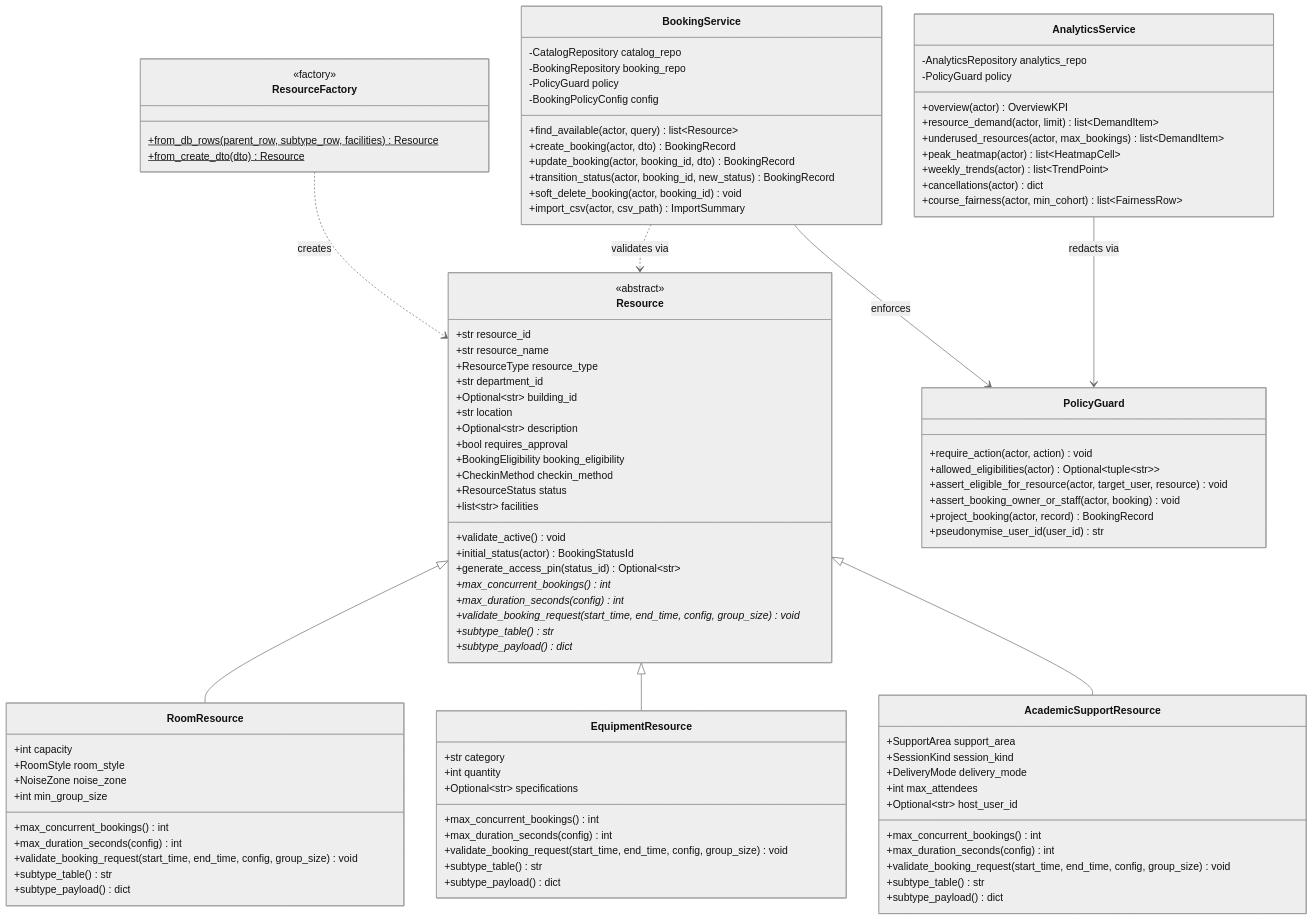
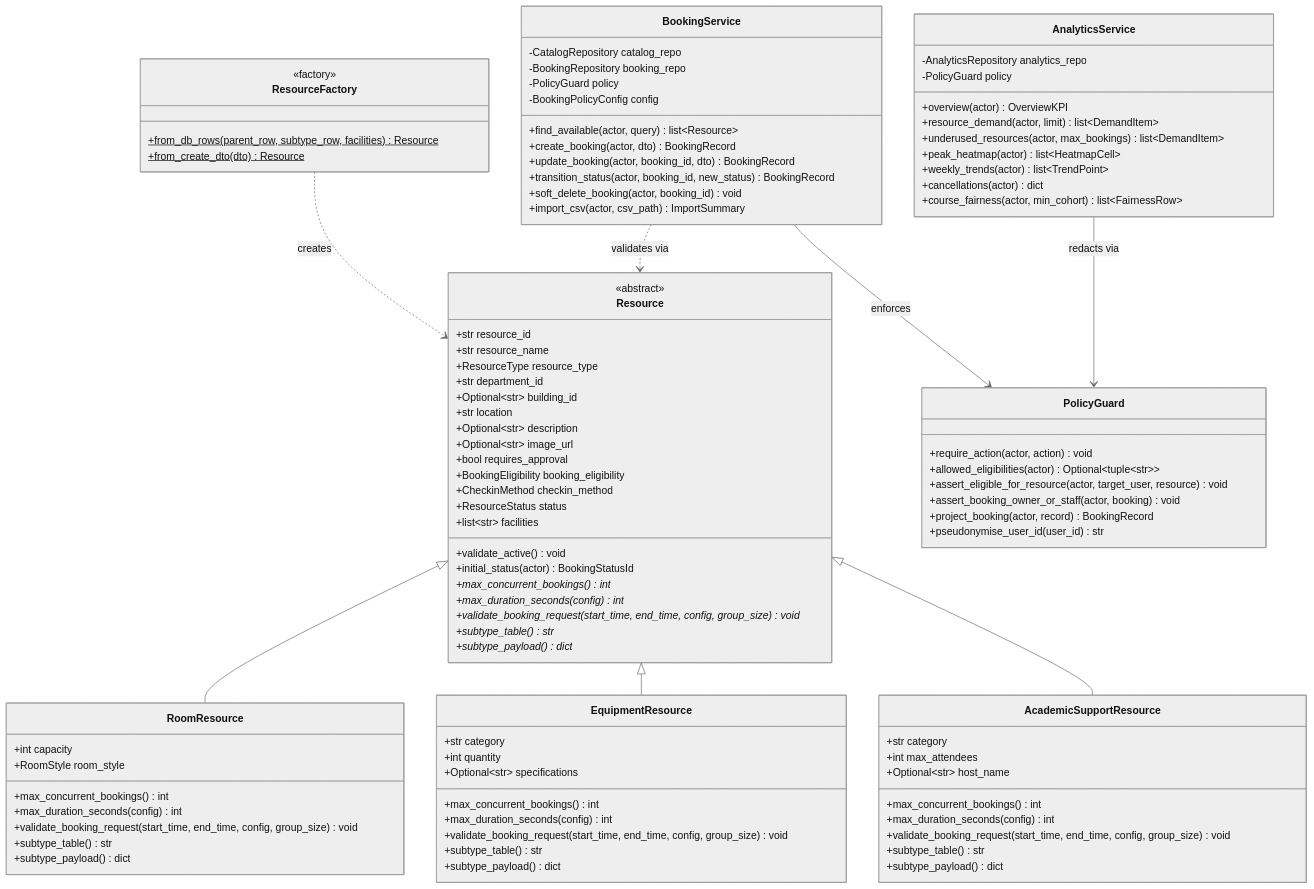
One commit to huutrungle2001/WM9QF_AI_Programming_A1 changed the diagram in docs/design/diagram/class_diagram.mmd. Above: the diagram before and after it, drawn with Mermaid (neutral theme). The commit also changed 17 other files, not shown here.

Commit message:
docs(design): finalize 11-table CTI schema and enrich central AV catalog

```diff
--- a/docs/design/diagram/class_diagram.mmd
+++ b/docs/design/diagram/class_diagram.mmd
@@ -1,108 +1,104 @@
 classDiagram
     class Resource {
         <<abstract>>
         +str resource_id
         +str resource_name
         +ResourceType resource_type
         +str department_id
         +Optional~str~ building_id
         +str location
         +Optional~str~ description
+        +Optional~str~ image_url
         +bool requires_approval
         +BookingEligibility booking_eligibility
         +CheckinMethod checkin_method
         +ResourceStatus status
         +list~str~ facilities
         +validate_active() void
         +initial_status(actor) BookingStatusId
-        +generate_access_pin(status_id) Optional~str~
         +max_concurrent_bookings()* int
         +max_duration_seconds(config)* int
         +validate_booking_request(start_time, end_time, config, group_size)* void
         +subtype_table()* str
         +subtype_payload()* dict
     }
 
     class RoomResource {
         +int capacity
         +RoomStyle room_style
-        +NoiseZone noise_zone
-        +int min_group_size
         +max_concurrent_bookings() int
         +max_duration_seconds(config) int
         +validate_booking_request(start_time, end_time, config, group_size) void
         +subtype_table() str
         +subtype_payload() dict
     }
 
     class EquipmentResource {
         +str category
         +int quantity
         +Optional~str~ specifications
         +max_concurrent_bookings() int
         +max_duration_seconds(config) int
         +validate_booking_request(start_time, end_time, config, group_size) void
         +subtype_table() str
         +subtype_payload() dict
     }
 
     class AcademicSupportResource {
-        +SupportArea support_area
-        +SessionKind session_kind
-        +DeliveryMode delivery_mode
+        +str category
         +int max_attendees
-        +Optional~str~ host_user_id
+        +Optional~str~ host_name
         +max_concurrent_bookings() int
         +max_duration_seconds(config) int
         +validate_booking_request(start_time, end_time, config, group_size) void
         +subtype_table() str
         +subtype_payload() dict
     }
 
     class ResourceFactory {
         <<factory>>
         +from_db_rows(parent_row, subtype_row, facilities)$ Resource
         +from_create_dto(dto)$ Resource
     }
 
     class PolicyGuard {
         +require_action(actor, action) void
         +allowed_eligibilities(actor) Optional~tuple~str~~
         +assert_eligible_for_resource(actor, target_user, resource) void
         +assert_booking_owner_or_staff(actor, booking) void
         +project_booking(actor, record) BookingRecord
         +pseudonymise_user_id(user_id) str
     }
 
     class BookingService {
         -CatalogRepository catalog_repo
         -BookingRepository booking_repo
         -PolicyGuard policy
         -BookingPolicyConfig config
         +find_available(actor, query) list~Resource~
         +create_booking(actor, dto) BookingRecord
         +update_booking(actor, booking_id, dto) BookingRecord
         +transition_status(actor, booking_id, new_status) BookingRecord
         +soft_delete_booking(actor, booking_id) void
         +import_csv(actor, csv_path) ImportSummary
     }
 
     class AnalyticsService {
         -AnalyticsRepository analytics_repo
         -PolicyGuard policy
         +overview(actor) OverviewKPI
         +resource_demand(actor, limit) list~DemandItem~
         +underused_resources(actor, max_bookings) list~DemandItem~
         +peak_heatmap(actor) list~HeatmapCell~
         +weekly_trends(actor) list~TrendPoint~
         +cancellations(actor) dict
         +course_fairness(actor, min_cohort) list~FairnessRow~
     }
 
     Resource <|-- RoomResource
     Resource <|-- EquipmentResource
     Resource <|-- AcademicSupportResource
     ResourceFactory ..> Resource : creates
     BookingService --> PolicyGuard : enforces
     BookingService ..> Resource : validates via
     AnalyticsService --> PolicyGuard : redacts via
```
